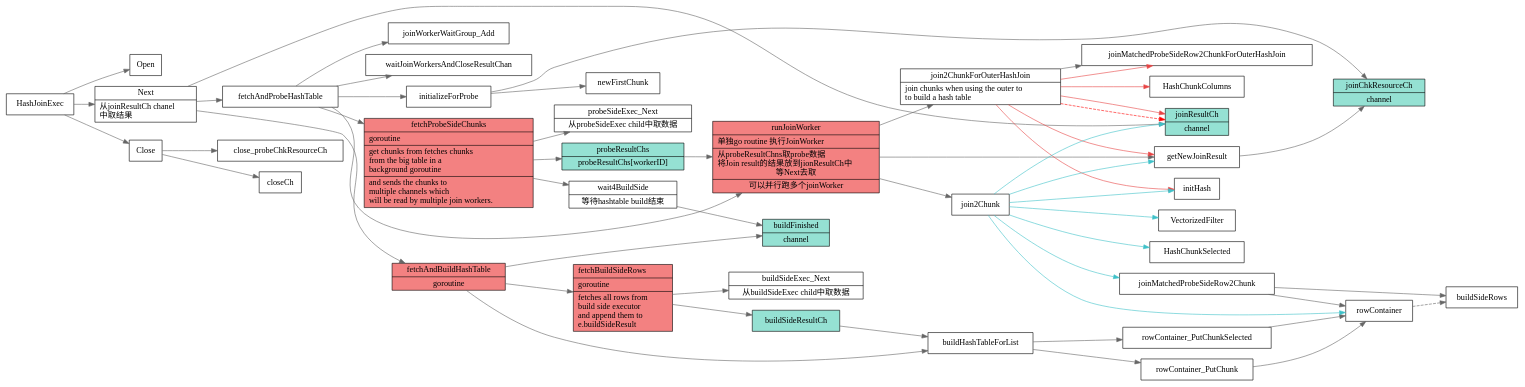
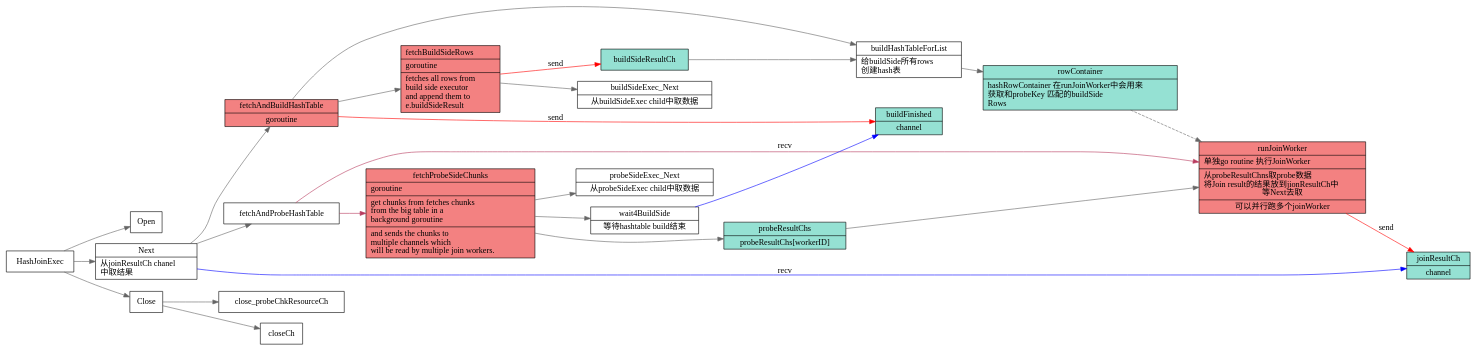
The diagram in src/tidb/dot/hash-join.dot (xieyu/blog), drawn with Graphviz before and after one commit. The commit also changed 47 other files, not shown here.

```diff
--- a/src/tidb/dot/hash-join.dot
+++ b/src/tidb/dot/hash-join.dot
@@ -17,21 +17,12 @@
       channel
     }}";
   ];
-  joinChkResourceCh[
-    shape="record";
-    fillcolor="#95e1d3"
-    style=filled;
-    label="{{
-      joinChkResourceCh|
-      channel
-    }}";
-  ];
 
   Next -> {
     fetchAndProbeHashTable;
     fetchAndBuildHashTable;
-    joinResultCh;
   }
+  Next -> joinResultCh[label="recv";color=blue];
   Next[
     shape="record";
     label="{{
@@ -40,7 +31,6 @@
       中取结果\l
     }}";
   ];
-  getNewJoinResult -> joinChkResourceCh;
   fetchAndBuildHashTable[
     shape="record";
     fillcolor="#f38181";
@@ -74,12 +64,28 @@
   fetchBuildSideRows -> {
     buildSideExec_Next;
   }
-  buildSideResultCh -> buildHashTableForList;
-  fetchBuildSideRows -> buildSideResultCh;
-  buildHashTableForList -> {
-    rowContainer_PutChunk;
-    rowContainer_PutChunkSelected;
-  } -> rowContainer;
+  buildHashTableForList[
+    shape="record";
+    label="{{
+      buildHashTableForList|
+      给buildSide所有rows\l
+      创建hash表\l
+    }}"];
+  rowContainer[
+    shape=record;
+    style=filled;
+    fillcolor="#95e1d3"
+    label="{{
+      rowContainer|
+      hashRowContainer
+      在runJoinWorker中会用来\l
+      获取和probeKey 匹配的buildSide\l
+      Rows\l
+    }}"
+  ];
+  rowContainer -> runJoinWorker[style=dashed];
+  buildSideResultCh -> buildHashTableForList -> rowContainer;
+  fetchBuildSideRows -> buildSideResultCh[color=red;label="send"];
 
   fetchAndBuildHashTable -> {
     fetchBuildSideRows;
@@ -87,12 +93,10 @@
   }
 
   fetchAndProbeHashTable -> {
-    initializeForProbe;
-    joinWorkerWaitGroup_Add;
     runJoinWorker;
-    waitJoinWorkersAndCloseResultChan;
     fetchProbeSideChunks;
-  }
+  }[color="#b83b5e"];
+
   runJoinWorker[
     shape="record";
     fillcolor="#f38181";
@@ -107,48 +111,8 @@
     }}";
   ];
   runJoinWorker -> {
-    getNewJoinResult;
-    join2ChunkForOuterHashJoin;
-    join2Chunk;
-  }
-  {
-    join2ChunkForOuterHashJoin;
-  } -> joinResultCh[style=dashed;color=red];
-  join2Chunk -> {
-    VectorizedFilter;
-    initHash;
-    HashChunkSelected;
-    joinMatchedProbeSideRow2Chunk;
-    getNewJoinResult;
     joinResultCh;
-    rowContainer;
-  }[color="#3fc1c9"];
-
-  join2ChunkForOuterHashJoin[
-    shape="record";
-    label="{{
-      join2ChunkForOuterHashJoin|
-      join chunks when using the outer to\l
-      to build a hash table\l
-    }}";
-  ];
-
-  join2ChunkForOuterHashJoin -> {
-    initHash;
-    HashChunkColumns;
-    joinMatchedProbeSideRow2ChunkForOuterHashJoin;
-    getNewJoinResult;
-    joinResultCh;
-  }[color="#e84545"];
-
-  join2ChunkForOuterHashJoin -> {
-    joinMatchedProbeSideRow2ChunkForOuterHashJoin;
-  }
-  joinMatchedProbeSideRow2Chunk -> {
-    rowContainer;
-    buildSideRows;
-  }
-  rowContainer -> buildSideRows[style=dashed];
+  }[color=red;label="send"];
 
   fetchProbeSideChunks[
     shape="record";
@@ -186,8 +150,8 @@
       channel
     }}";
   ];
-  wait4BuildSide -> buildFinished;
-  fetchAndBuildHashTable -> buildFinished;
+  wait4BuildSide -> buildFinished[label="recv",color=blue];
+  fetchAndBuildHashTable -> buildFinished[label="send";color=red];
   probeResultChs[
     shape="record";
     fillcolor="#95e1d3"
@@ -198,10 +162,6 @@
     }}";
   ];
   probeResultChs -> runJoinWorker;
-  initializeForProbe -> {
-    newFirstChunk;
-    joinChkResourceCh;
-  }
   Close -> {
     closeCh;
     close_probeChkResourceCh;
```
